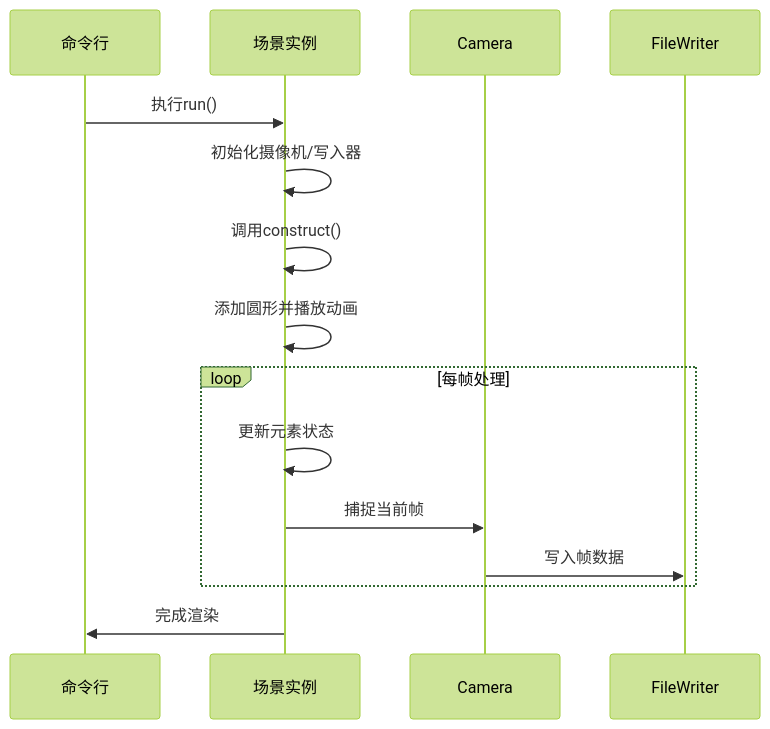
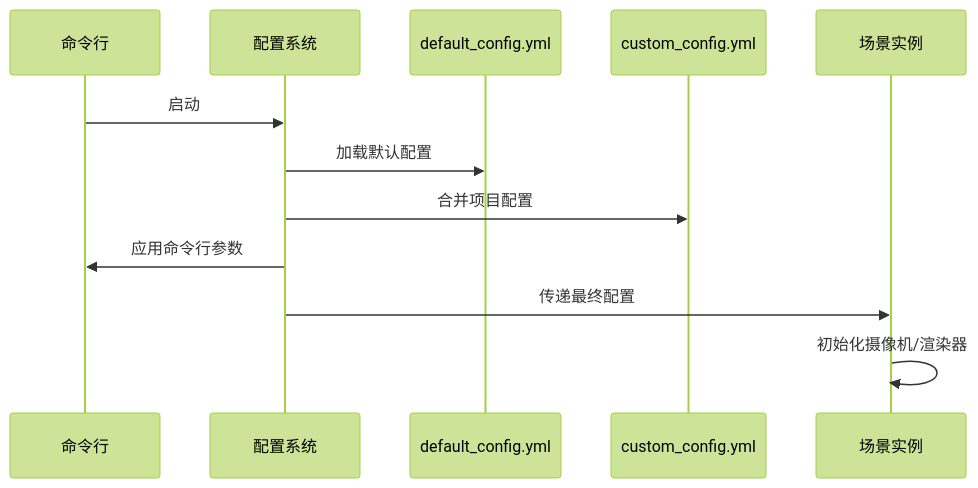
Before and after one commit to lvy010/lvynote.github.io: the second of 2 diagrams in note/Math/manim/3-4.md, drawn with Mermaid (forest theme). The commit also changed other lines of this file and 1 other file, not shown here.

````diff
--- a/note/Math/manim/3-4.md
+++ b/note/Math/manim/3-4.md
@@ -70,15 +223,15 @@
-   ```mermaid
-   sequenceDiagram
-       participant CLI as 命令行
-       participant Scene as 场景实例
-       CLI->>Scene: 执行run()
-       Scene->>Scene: 初始化摄像机/写入器
-       Scene->>Scene: 调用construct()
-       Scene->>Scene: 添加圆形并播放动画
-       loop 每帧处理
-           Scene->>Scene: 更新元素状态
-           Scene->>Camera: 捕捉当前帧
-           Camera->>FileWriter: 写入帧数据
-       end
-       Scene->>CLI: 完成渲染
-   ```
+```mermaid
+sequenceDiagram
+    participant CLI as 命令行
+    participant ConfigSys as 配置系统
+    participant Default as default_config.yml
+    participant Custom as custom_config.yml
+    participant Scene as 场景实例
+
+    CLI->>ConfigSys: 启动
+    ConfigSys->>Default: 加载默认配置
+    ConfigSys->>Custom: 合并项目配置
+    ConfigSys->>CLI: 应用命令行参数
+    ConfigSys->>Scene: 传递最终配置
+    Scene->>Scene: 初始化摄像机/渲染器
+```
````
